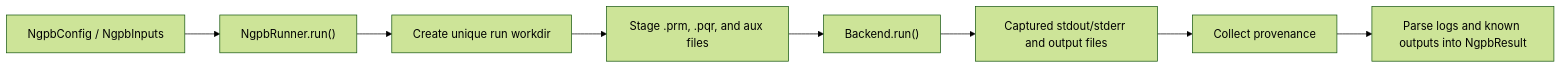
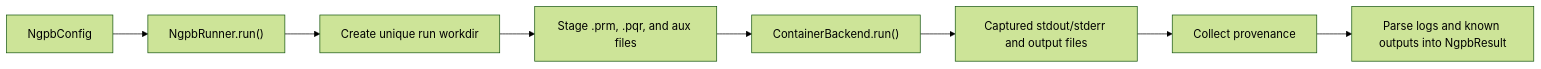
The diagram in docs/architecture.md (pedrishi/ngpb4py), drawn with Mermaid (forest theme) before and after one commit. The commit also changed other lines of this file and 33 other files, not shown here.

````diff
--- a/docs/architecture.md
+++ b/docs/architecture.md
@@ -15,10 +14,10 @@
 ```mermaid
 flowchart LR
-    A["NgpbConfig / NgpbInputs"] --> B["NgpbRunner.run()"]
+    A["NgpbConfig"] --> B["NgpbRunner.run()"]
     B --> C["Create unique run workdir"]
     C --> D["Stage .prm, .pqr, and aux files"]
-    D --> E["Backend.run()"]
+    D --> E["ContainerBackend.run()"]
     E --> F["Captured stdout/stderr and output files"]
     F --> G["Collect provenance"]
     G --> H["Parse logs and known outputs into NgpbResult"]
 ```
````
